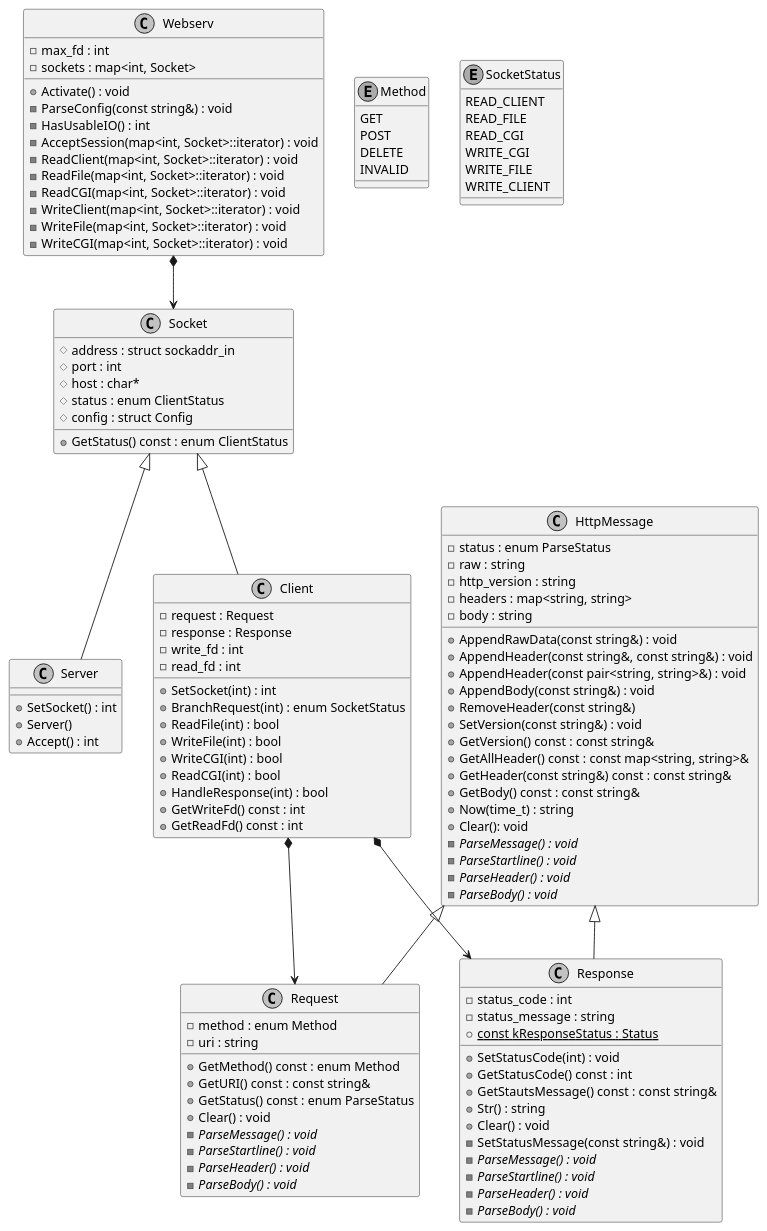
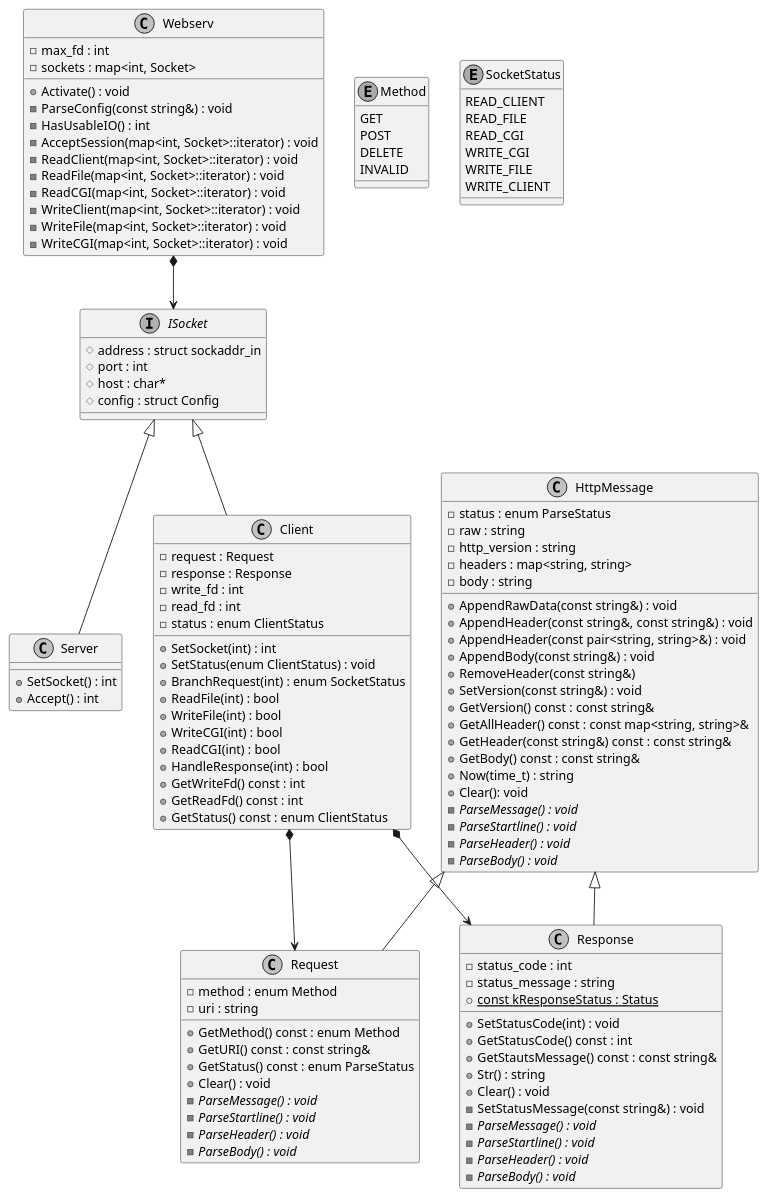
Before and after one commit to tkomatsu/webserv: the diagram in docs/webserv.pu, drawn with PlantUML. The commit also changed 6 other files, not shown here.

Commit message:
refactor(Socket): make Socket interface(ISocket)

```diff
--- a/docs/webserv.pu
+++ b/docs/webserv.pu
@@ -1,129 +1,129 @@
 @startuml webserv
 
 skinparam monochrome true
 skinparam shadowing false
 
 class Webserv {
   - max_fd : int
   - sockets : map<int, Socket>
   + Activate() : void
   - ParseConfig(const string&) : void
   - HasUsableIO() : int
   - AcceptSession(map<int, Socket>::iterator) : void
   - ReadClient(map<int, Socket>::iterator) : void
   - ReadFile(map<int, Socket>::iterator) : void
   - ReadCGI(map<int, Socket>::iterator) : void
   - WriteClient(map<int, Socket>::iterator) : void
   - WriteFile(map<int, Socket>::iterator) : void
   - WriteCGI(map<int, Socket>::iterator) : void
 }
 
-class Socket {
+interface ISocket {
   # address : struct sockaddr_in
   # port : int
   # host : char*
-  # status : enum ClientStatus
   # config : struct Config
-  + GetStatus() const : enum ClientStatus
 }
 
 class Server {
   + SetSocket() : int
-  + Server()
   + Accept() : int
 }
 
 class Client {
   - request : Request
   - response : Response
   - write_fd : int
   - read_fd : int
+  - status : enum ClientStatus
   + SetSocket(int) : int
+  + SetStatus(enum ClientStatus) : void
   + BranchRequest(int) : enum SocketStatus
   + ReadFile(int) : bool
   + WriteFile(int) : bool
   + WriteCGI(int) : bool
   + ReadCGI(int) : bool
   + HandleResponse(int) : bool
   + GetWriteFd() const : int
   + GetReadFd() const : int
+  + GetStatus() const : enum ClientStatus
 }
 
 class HttpMessage {
   - status : enum ParseStatus
   - raw : string
   - http_version : string
   - headers : map<string, string>
   - body : string
   + AppendRawData(const string&) : void
   + AppendHeader(const string&, const string&) : void
   + AppendHeader(const pair<string, string>&) : void
   + AppendBody(const string&) : void
   + RemoveHeader(const string&)
   + SetVersion(const string&) : void
   + GetVersion() const : const string&
   + GetAllHeader() const : const map<string, string>&
   + GetHeader(const string&) const : const string&
   + GetBody() const : const string&
   + Now(time_t) : string
   + Clear(): void
   - {abstract} ParseMessage() : void
   - {abstract} ParseStartline() : void
   - {abstract} ParseHeader() : void
   - {abstract} ParseBody() : void
 }
 
 class Request {
   - method : enum Method
   - uri : string
   + GetMethod() const : enum Method
   + GetURI() const : const string&
   + GetStatus() const : enum ParseStatus
   + Clear() : void
   - {abstract} ParseMessage() : void
   - {abstract} ParseStartline() : void
   - {abstract} ParseHeader() : void
   - {abstract} ParseBody() : void
 }
 
 class Response {
   - status_code : int
   - status_message : string
   + {static} const kResponseStatus : Status
   + SetStatusCode(int) : void
   + GetStatusCode() const : int
   + GetStautsMessage() const : const string&
   + Str() : string
   + Clear() : void
   - SetStatusMessage(const string&) : void
   - {abstract} ParseMessage() : void
   - {abstract} ParseStartline() : void
   - {abstract} ParseHeader() : void
   - {abstract} ParseBody() : void
 }
 
 enum Method {
   GET
   POST
   DELETE
   INVALID
 }
 
 enum SocketStatus {
   READ_CLIENT
   READ_FILE
   READ_CGI
   WRITE_CGI
   WRITE_FILE
   WRITE_CLIENT
 }
 
-Webserv *--> Socket
-Socket <|-- Client
-Socket <|-- Server
+Webserv *--> ISocket
+ISocket <|-- Client
+ISocket <|-- Server
 Client *--> Request
 Client *--> Response
 HttpMessage <|-- Request
 HttpMessage <|-- Response
 
 @enduml
```
